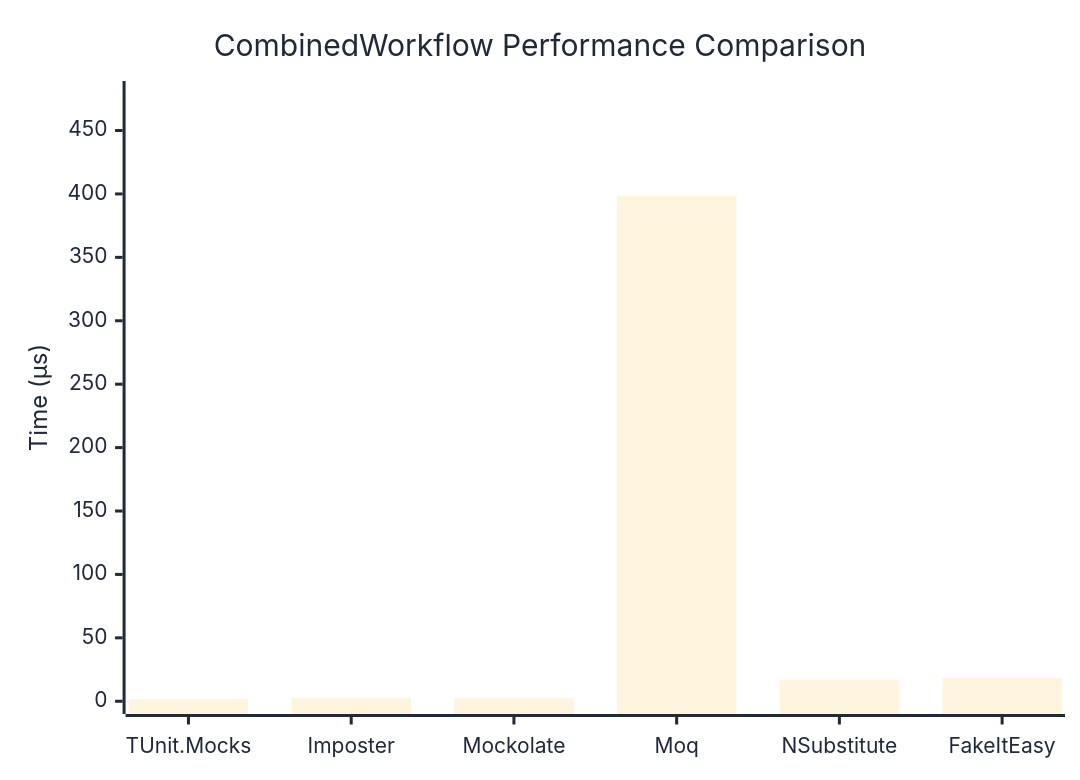
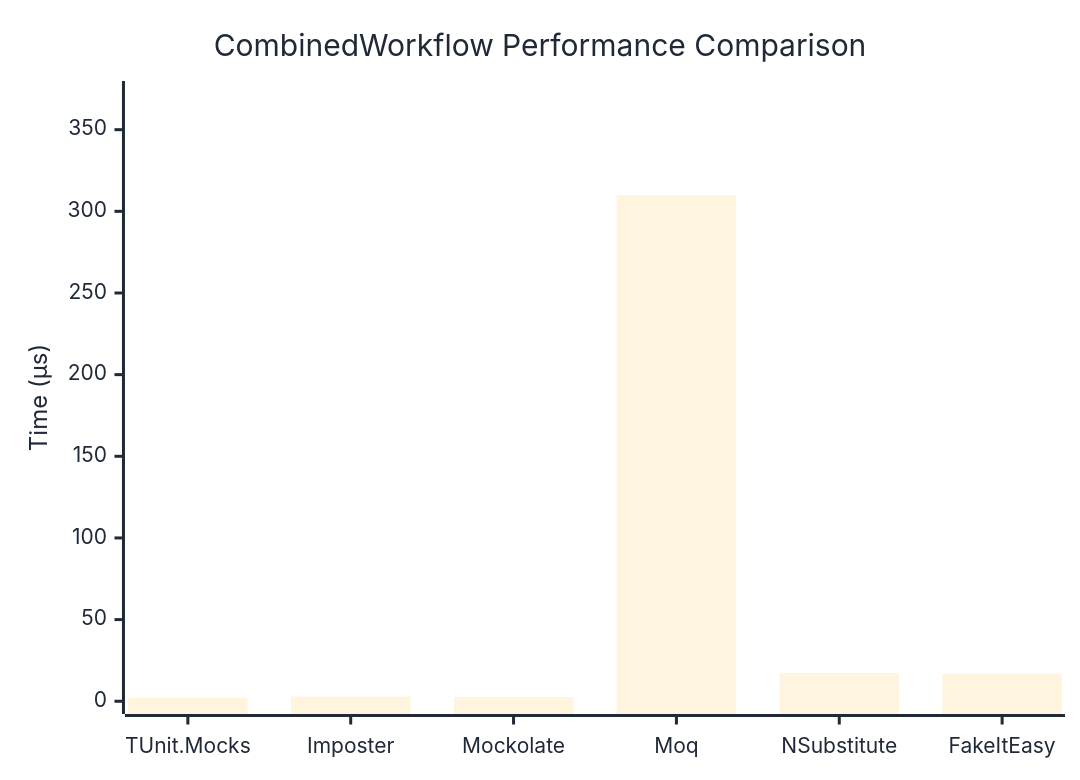
The diagram in docs/docs/benchmarks/mocks/CombinedWorkflow.md (thomhurst/TUnit), drawn with Mermaid before and after one commit. The commit also changed other lines of this file and 14 other files, not shown here.

````diff
--- a/docs/docs/benchmarks/mocks/CombinedWorkflow.md
+++ b/docs/docs/benchmarks/mocks/CombinedWorkflow.md
@@ -28,27 +28,27 @@
 ```mermaid
 %%{init: {
   'theme':'base',
   'themeVariables': {
     'primaryColor': '#2563eb',
     'primaryTextColor': '#1f2937',
     'primaryBorderColor': '#1e40af',
     'lineColor': '#6b7280',
     'secondaryColor': '#7c3aed',
     'tertiaryColor': '#dc2626',
     'background': '#ffffff',
     'pie1': '#2563eb',
     'pie2': '#7c3aed',
     'pie3': '#dc2626',
     'pie4': '#f59e0b',
     'pie5': '#10b981',
     'pie6': '#06b6d4',
     'pie7': '#ec4899',
     'pie8': '#6366f1'
   }
 }}%%
 xychart-beta
   title "CombinedWorkflow Performance Comparison"
   x-axis ["TUnit.Mocks", "Imposter", "Mockolate", "Moq", "NSubstitute", "FakeItEasy"]
-  y-axis "Time (μs)" 0 --> 479
-  bar [1.836, 2.68, 2.449, 398.443, 17.009, 18.375]
+  y-axis "Time (μs)" 0 --> 372
+  bar [2.105, 2.831, 2.61, 309.758, 17.326, 16.829]
 ```
````
